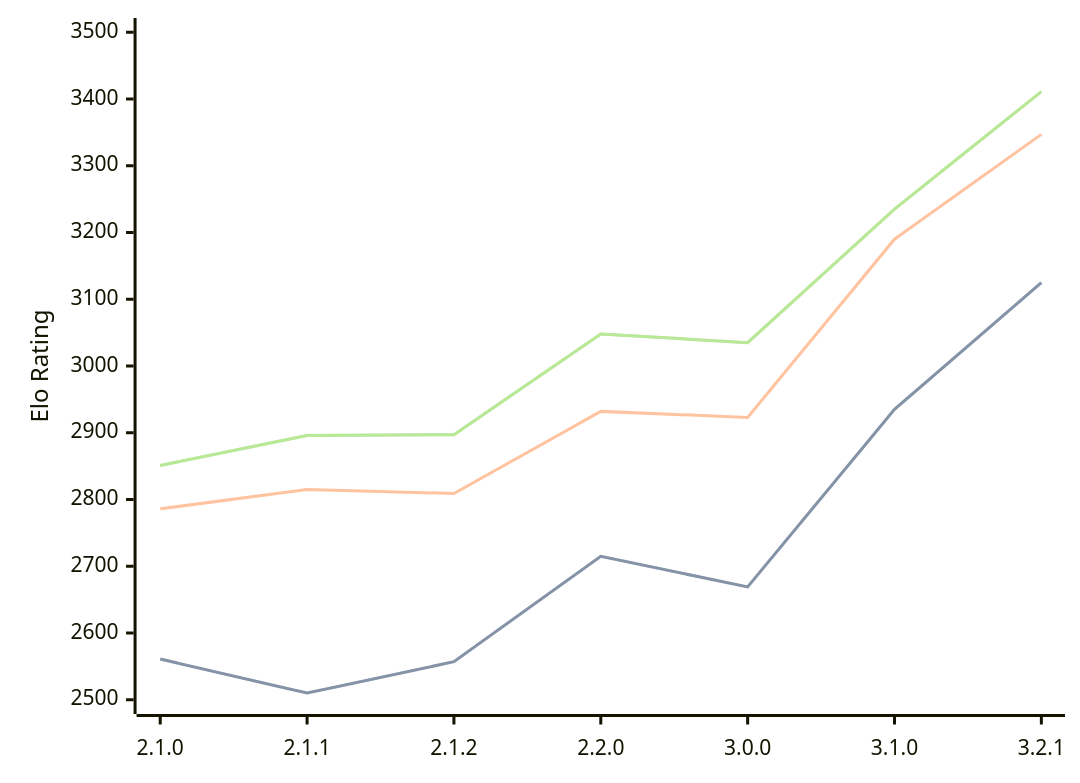
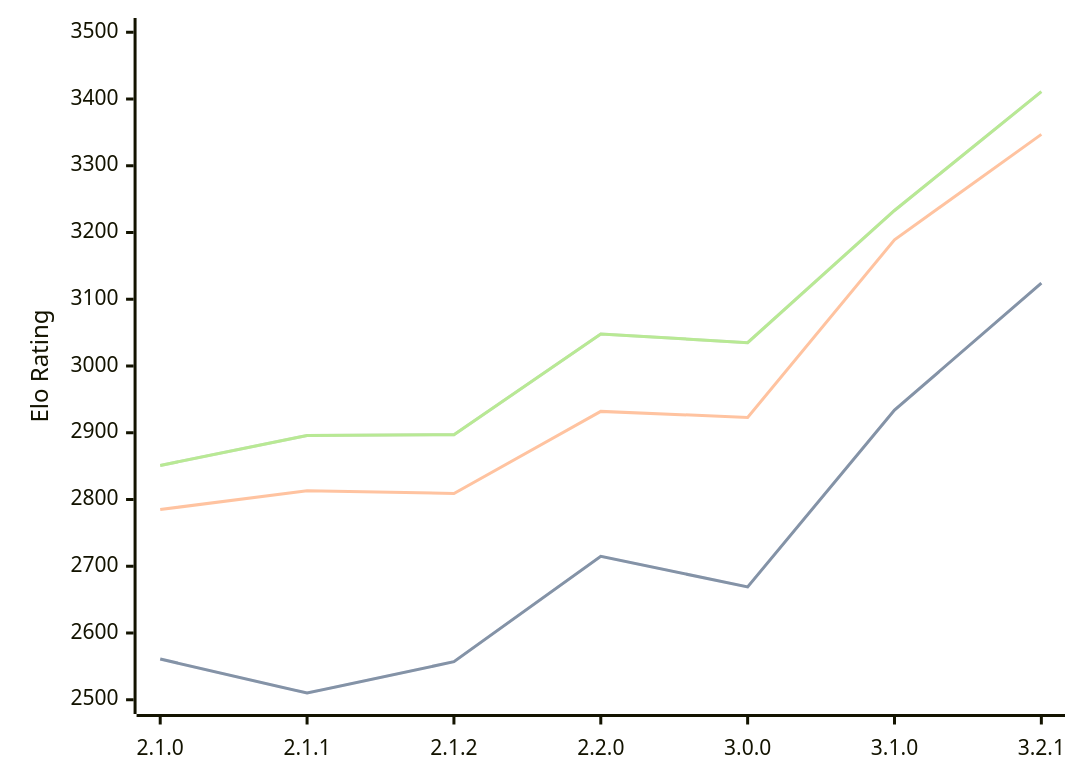
The diagram in engines/Prune.md (computer-chess-index/cci), drawn with Mermaid before and after one commit. The commit also changed other lines of this file, not shown here.

Commit message:
Update CCI Ratings (ELO VLTC) - 2026-04-08

````diff
--- a/engines/Prune.md
+++ b/engines/Prune.md
@@ -42,11 +42,11 @@
 ```mermaid
 %%{init: {"theme":"base","themeVariables":{"seriesColors:['#a3a3a3','#222221','#faa371']}}}%%
 xychart-beta
   x-axis ["2.1.0", "2.1.1", "2.1.2", "2.2.0", "3.0.0", "3.1.0", "3.2.1"]
   y-axis "Elo Rating" 2500 --> 3500
-  line "STC (8.0+0.08s)" [2561, 2510, 2557, 2715, 2669, 2935, 3125]
-  line "STC (8.0+0.08s)" [2561, 2510, 2557, 2715, 2669, 2935, 3125]
-  line "LTC (60.0+0.60s)" [2786, 2815, 2809, 2932, 2923, 3190, 3347]
-  line "VLTC (2m24s+1.12s)" [2851, 2896, 2897, 3048, 3035, 3235, 3411]
-  line "VLTC (2m24s+1.12s)" [2851, 2896, 2897, 3048, 3035, 3235, 3411]
+  line "STC (8.0+0.08s)" [2561, 2510, 2557, 2715, 2669, 2934, 3124]
+  line "STC (8.0+0.08s)" [2561, 2510, 2557, 2715, 2669, 2934, 3124]
+  line "LTC (60.0+0.60s)" [2785, 2813, 2809, 2932, 2923, 3189, 3347]
+  line "VLTC (2m24s+1.12s)" [2851, 2896, 2897, 3048, 3035, 3233, 3411]
+  line "VLTC (2m24s+1.12s)" [2851, 2896, 2897, 3048, 3035, 3233, 3411]
 ```
````
